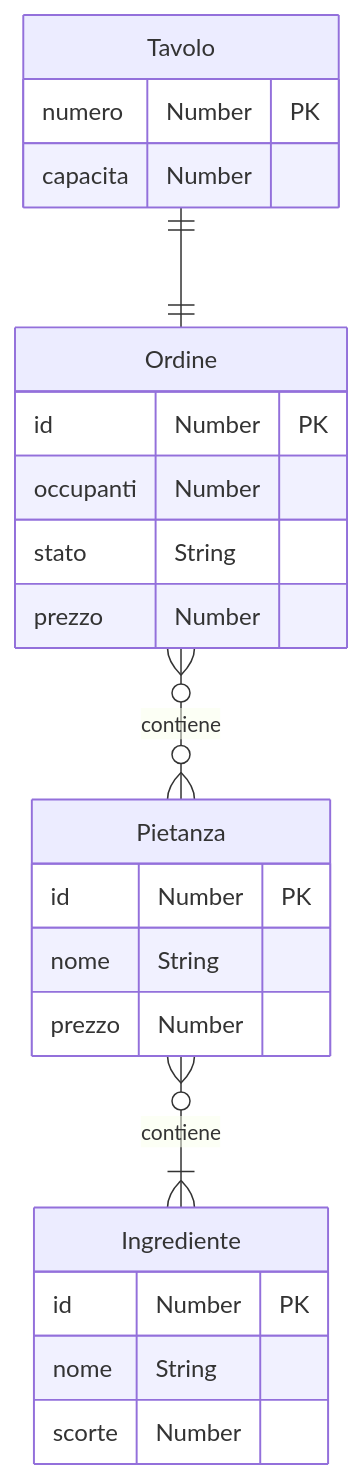
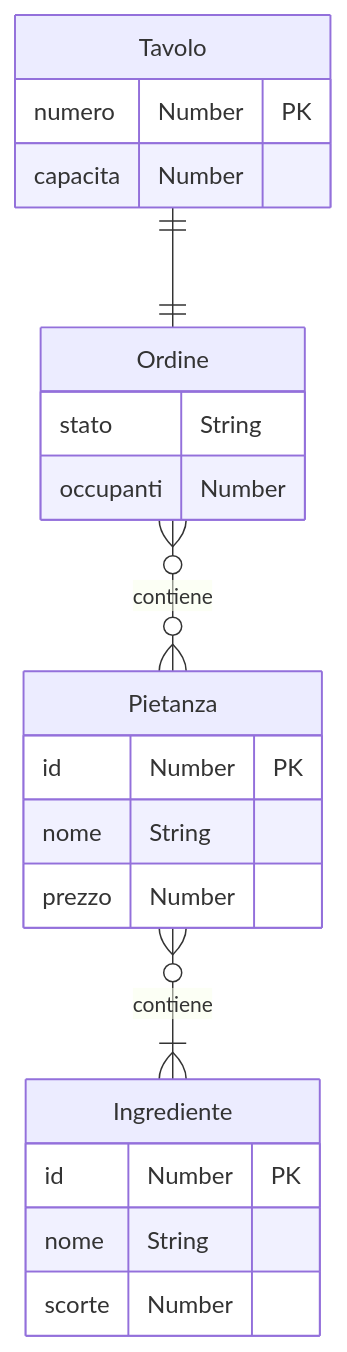
Before and after one commit to giusgal/Order-placement-system: the diagram in README.md, drawn with Mermaid.

````diff
--- a/README.md
+++ b/README.md
@@ -25,30 +25,28 @@
 ```mermaid
 erDiagram
     Tavolo ||--|| Ordine: ""
     Ordine }o--o{ Pietanza: "contiene"
     Pietanza }o--|{ Ingrediente: "contiene"
 
     Tavolo {
         numero Number PK
         capacita Number
     }
 
     Ordine {
-        id Number PK
+        stato String
         occupanti Number
-        stato String
-        prezzo Number
     }
 
     Pietanza {
         id Number PK
         nome String
         prezzo Number
     }
 
     Ingrediente {
         id Number PK
         nome String
         scorte Number
     }
 ```
````
